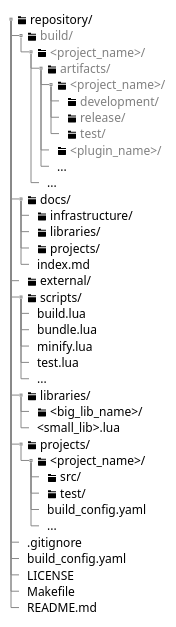
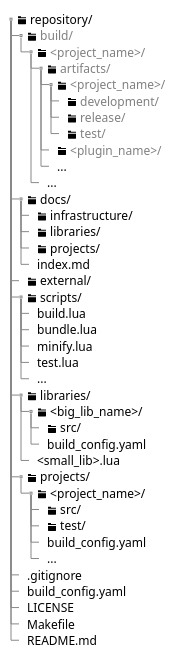
The second of 5 diagrams in docs/infrastructure/build/architecture.md (KuerbisKuchen02/CC-ME-System), drawn with PlantUML before and after one commit. The commit also changed other lines of this file and 4 other files, not shown here.

````diff
--- a/docs/infrastructure/build/architecture.md
+++ b/docs/infrastructure/build/architecture.md
@@ -23,45 +23,47 @@
 ```plantuml
 @startsalt
 {
 {T
 + <&folder> repository/
 ++ <&folder> <color:gray>build/
 +++ <&folder> <color:gray><project_name>/
 ++++ <&folder> <color:gray>artifacts/
 +++++ <&folder> <color:gray><project_name>/
 ++++++ <&folder> <color:gray>development/
 ++++++ <&folder> <color:gray>release/
 ++++++ <&folder> <color:gray>test/
 +++++ <&folder> <color:gray><plugin_name>/
 +++++ ...
 ++++ ...
 ++ <&folder> docs/
 +++ <&folder> infrastructure/
 +++ <&folder> libraries/
 +++ <&folder> projects/
 +++ index.md
 ++ <&folder> external/
 ++ <&folder> scripts/
 +++ build.lua
 +++ bundle.lua
 +++ minify.lua
 +++ test.lua
 +++ ...
 ++ <&folder> libraries/
 +++ <&folder> <big_lib_name>/
+++++ <&folder> src/
+++++ build_config.yaml
 +++ <small_lib>.lua
 ++ <&folder> projects/
 +++ <&folder> <project_name>/
 ++++ <&folder> src/
 ++++ <&folder> test/
 ++++ build_config.yaml
 ++++ ...
 ++ .gitignore
 ++ build_config.yaml
 ++ LICENSE
 ++ Makefile
 ++ README.md
 }
 }
 @endsalt
 ```
````
